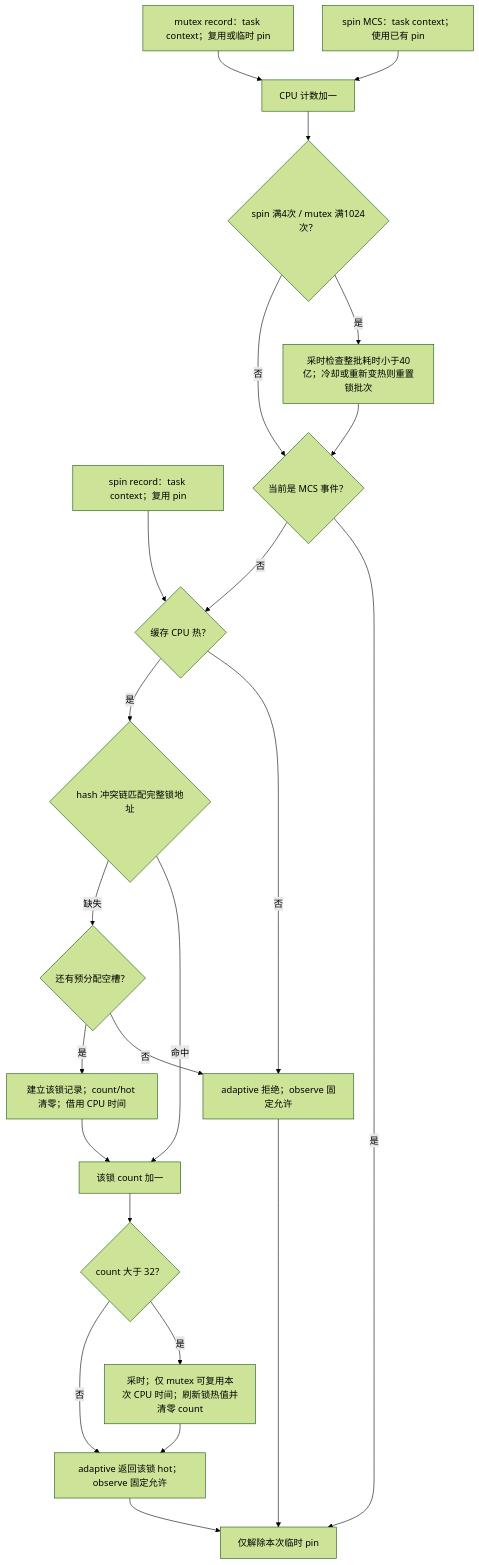
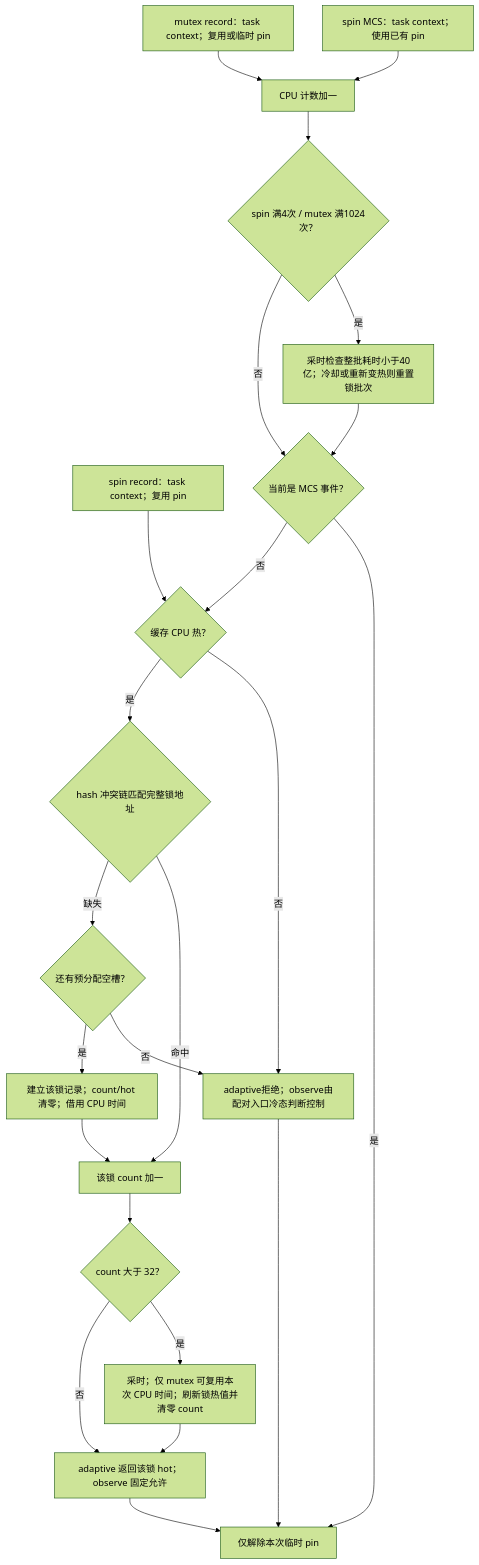
The first of 3 diagrams in bench/spin_cacheline/EXECUTION_PATHS.md (hailongeric/kdlock), drawn with Mermaid (forest theme) before and after one commit. The commit also changed other lines of this file and 18 other files, not shown here.

````diff
--- a/bench/spin_cacheline/EXECUTION_PATHS.md
+++ b/bench/spin_cacheline/EXECUTION_PATHS.md
@@ -321,25 +328,25 @@
 ```mermaid
 flowchart TD
   A[spin record：task context；复用 pin] --> G{缓存 CPU 热？}
   S[spin MCS：task context；使用已有 pin] --> B[CPU 计数加一]
   T[mutex record：task context；复用或临时 pin] --> B
   B --> C{spin 满4次 / mutex 满1024次？}
   C -- 是 --> D[采时检查整批耗时小于40亿；冷却或重新变热则重置锁批次]
   D --> E{当前是 MCS 事件？}
   C -- 否 --> E
   E -- 是 --> Z[仅解除本次临时 pin]
   E -- 否 --> G
-  G -- 否 --> R[adaptive 拒绝；observe 固定允许]
+  G -- 否 --> R[adaptive拒绝；observe由配对入口冷态判断控制]
   G -- 是 --> H{hash 冲突链匹配完整锁地址}
   H -- 命中 --> I[该锁 count 加一]
   H -- 缺失 --> J{还有预分配空槽？}
   J -- 否 --> R
   J -- 是 --> K[建立该锁记录；count/hot 清零；借用 CPU 时间]
   K --> I
   I --> L{count 大于 32？}
   L -- 是 --> M[采时；仅 mutex 可复用本次 CPU 时间；刷新锁热值并清零 count]
   L -- 否 --> N[adaptive 返回该锁 hot；observe 固定允许]
   M --> N
   R --> Z
   N --> Z
 ```
````
